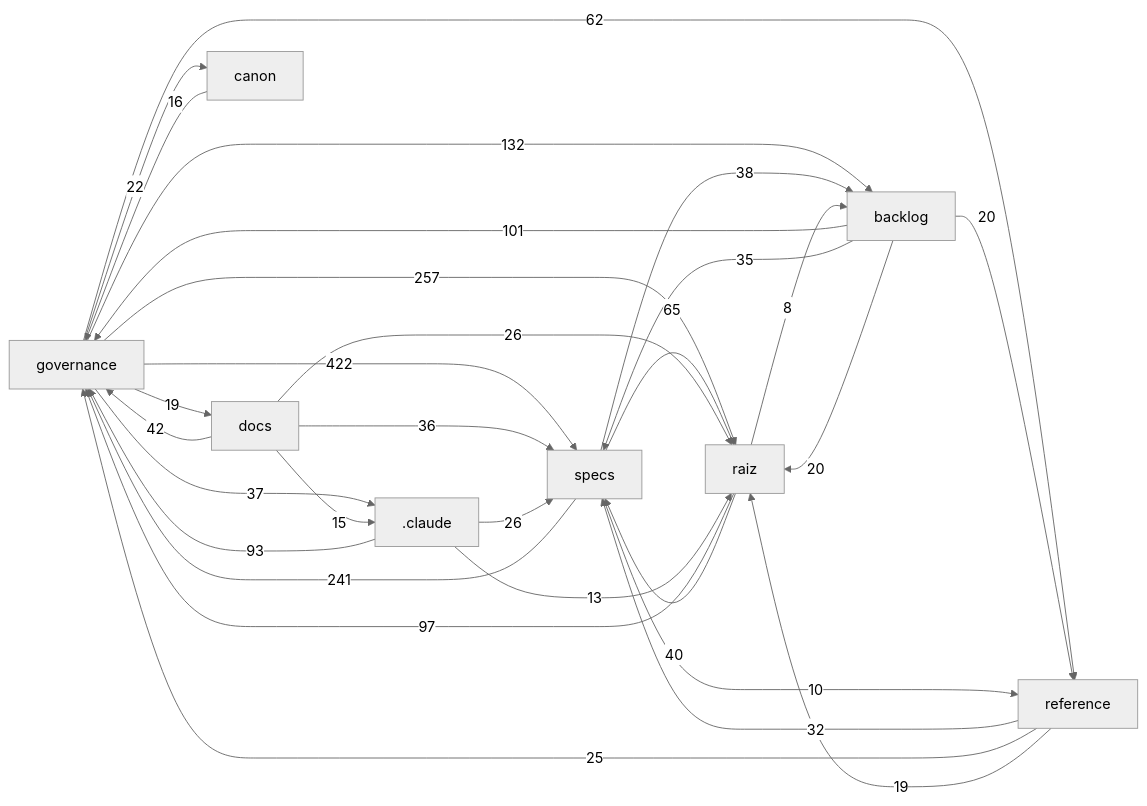
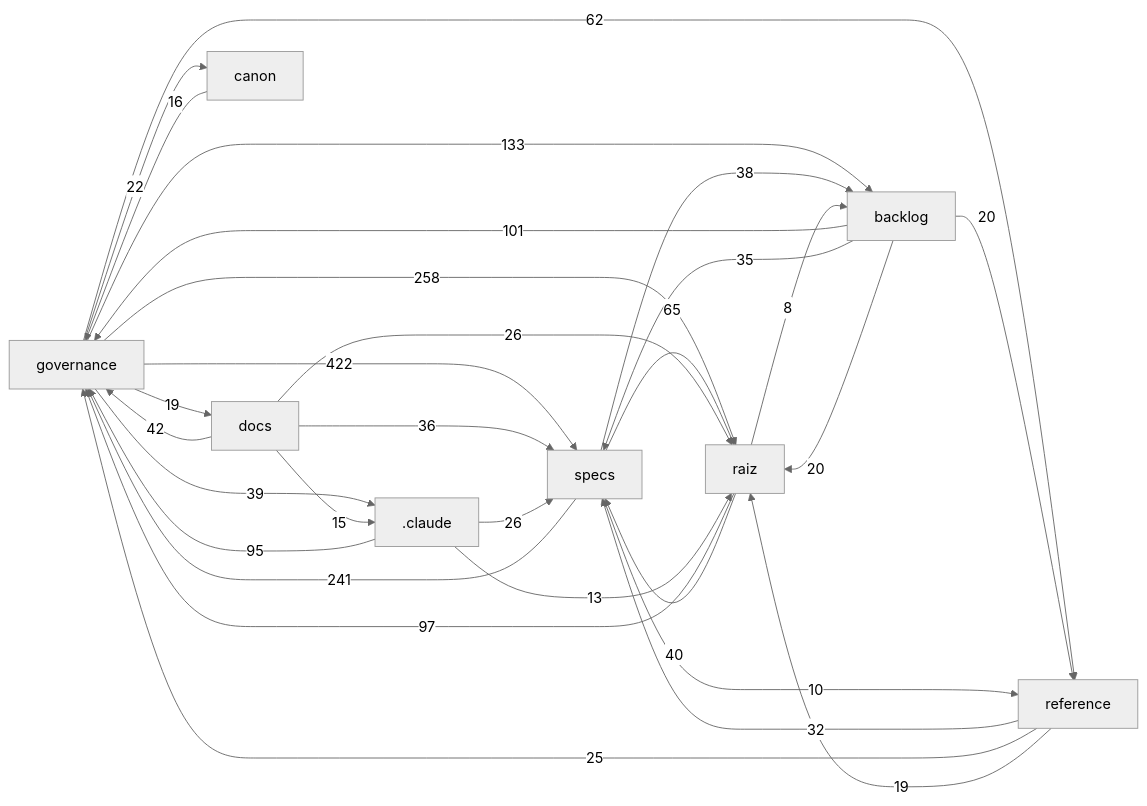
The diagram in docs/mapa/MAPA-PROJETO.md (Andraus35/Sistema-Operacional-de-Trading--SOT), drawn with Mermaid (neutral theme) before and after one commit. The commit also changed other lines of this file and 11 other files, not shown here.

````diff
--- a/docs/mapa/MAPA-PROJETO.md
+++ b/docs/mapa/MAPA-PROJETO.md
@@ -29,32 +29,32 @@
 ```mermaid
 flowchart LR
   governance["governance"] -->|422| specs["specs"]
-  governance["governance"] -->|257| raiz["raiz"]
+  governance["governance"] -->|258| raiz["raiz"]
   specs["specs"] -->|241| governance["governance"]
-  governance["governance"] -->|132| backlog["backlog"]
+  governance["governance"] -->|133| backlog["backlog"]
   backlog["backlog"] -->|101| governance["governance"]
   raiz["raiz"] -->|97| governance["governance"]
-  _claude[".claude"] -->|93| governance["governance"]
+  _claude[".claude"] -->|95| governance["governance"]
   specs["specs"] -->|65| raiz["raiz"]
   governance["governance"] -->|62| reference["reference"]
   docs["docs"] -->|42| governance["governance"]
   raiz["raiz"] -->|40| specs["specs"]
+  governance["governance"] -->|39| _claude[".claude"]
   specs["specs"] -->|38| backlog["backlog"]
-  governance["governance"] -->|37| _claude[".claude"]
   docs["docs"] -->|36| specs["specs"]
   backlog["backlog"] -->|35| specs["specs"]
   reference["reference"] -->|32| specs["specs"]
   _claude[".claude"] -->|26| specs["specs"]
   docs["docs"] -->|26| raiz["raiz"]
   reference["reference"] -->|25| governance["governance"]
   governance["governance"] -->|22| canon["canon"]
   backlog["backlog"] -->|20| raiz["raiz"]
   backlog["backlog"] -->|20| reference["reference"]
   governance["governance"] -->|19| docs["docs"]
   reference["reference"] -->|19| raiz["raiz"]
   canon["canon"] -->|16| governance["governance"]
   docs["docs"] -->|15| _claude[".claude"]
   _claude[".claude"] -->|13| raiz["raiz"]
   specs["specs"] -->|10| reference["reference"]
   raiz["raiz"] -->|8| backlog["backlog"]
 ```
````
